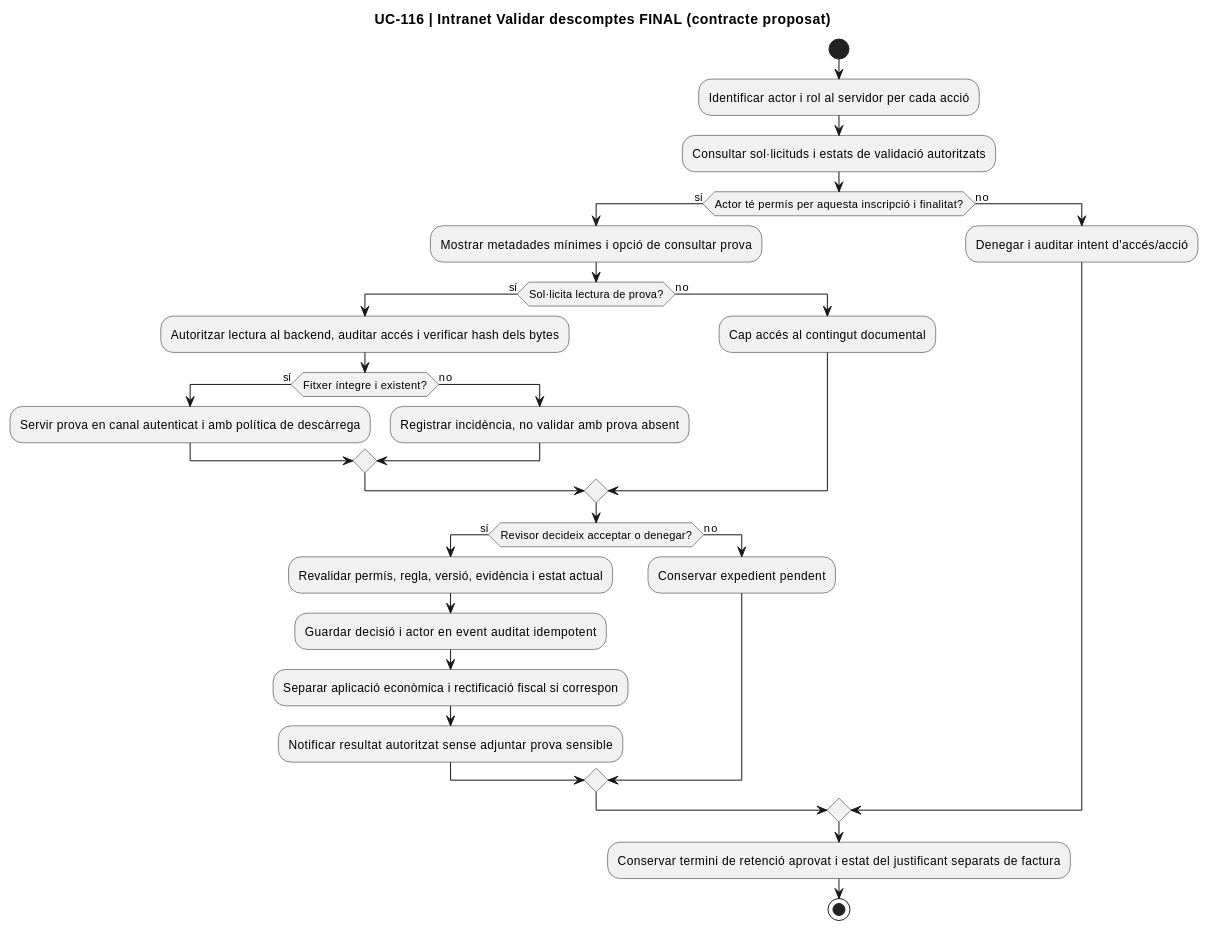
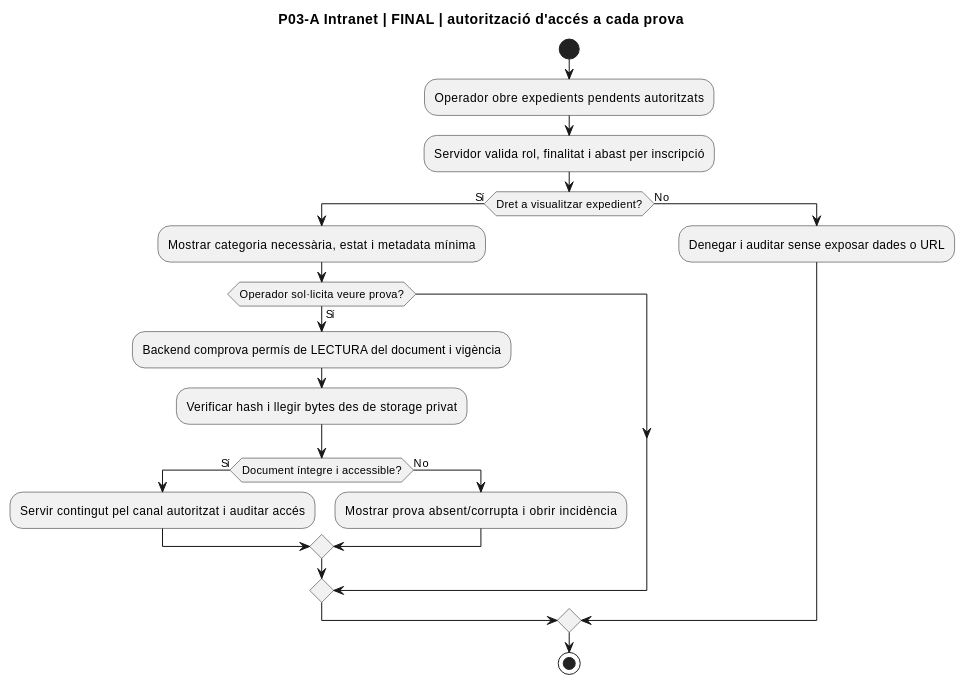
Before and after one commit to orgmeriemprismacat-del/verifactu: the eighth of 10 diagrams in documentacio/07-uml-integrat/uc-116-activitats-pagines-justificants-actual-final.md, drawn with PlantUML. The commit also changed other lines of this file, not shown here.

Commit message:
docs: complete UC116 page activity diagrams with verified web form and intranet method

````diff
--- a/documentacio/07-uml-integrat/uc-116-activitats-pagines-justificants-actual-final.md
+++ b/documentacio/07-uml-integrat/uc-116-activitats-pagines-justificants-actual-final.md
@@ -178,33 +222,23 @@
 ```plantuml
 @startuml
-title UC-116 | Intranet Validar descomptes FINAL (contracte proposat)
+title P03-A Intranet | FINAL | autorització d'accés a cada prova
 start
-:Identificar actor i rol al servidor per cada acció;
-:Consultar sol·licituds i estats de validació autoritzats;
-if (Actor té permís per aquesta inscripció i finalitat?) then (sí)
-  :Mostrar metadades mínimes i opció de consultar prova;
-  if (Sol·licita lectura de prova?) then (sí)
-    :Autoritzar lectura al backend, auditar accés i verificar hash dels bytes;
-    if (Fitxer íntegre i existent?) then (sí)
-      :Servir prova en canal autenticat i amb política de descàrrega;
-    else (no)
-      :Registrar incidència, no validar amb prova absent;
-    endif
-  else (no)
-    :Cap accés al contingut documental;
+:Operador obre expedients pendents autoritzats;
+:Servidor valida rol, finalitat i abast per inscripció;
+if (Dret a visualitzar expedient?) then (Sí)
+ :Mostrar categoria necessària, estat i metadata mínima;
+ if (Operador sol·licita veure prova?) then (Sí)
+  :Backend comprova permís de LECTURA del document i vigència;
+  :Verificar hash i llegir bytes des de storage privat;
+  if (Document íntegre i accessible?) then (Sí)
+   :Servir contingut pel canal autoritzat i auditar accés;
+  else (No)
+   :Mostrar prova absent/corrupta i obrir incidència;
   endif
-  if (Revisor decideix acceptar o denegar?) then (sí)
-    :Revalidar permís, regla, versió, evidència i estat actual;
-    :Guardar decisió i actor en event auditat idempotent;
-    :Separar aplicació econòmica i rectificació fiscal si correspon;
-    :Notificar resultat autoritzat sense adjuntar prova sensible;
-  else (no)
-    :Conservar expedient pendent;
-  endif
-else (no)
-  :Denegar i auditar intent d'accés/acció;
+ endif
+else (No)
+ :Denegar i auditar sense exposar dades o URL;
 endif
-:Conservar termini de retenció aprovat i estat del justificant separats de factura;
 stop
 @enduml
 ```
````
